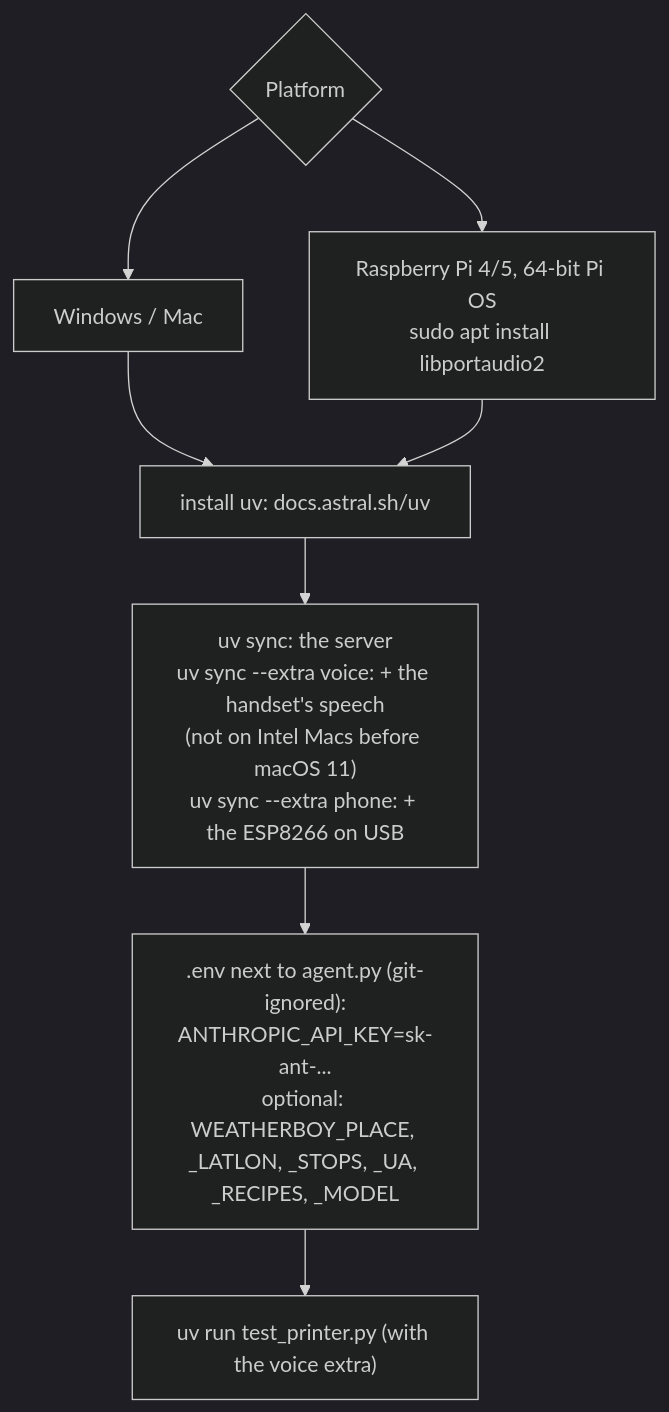
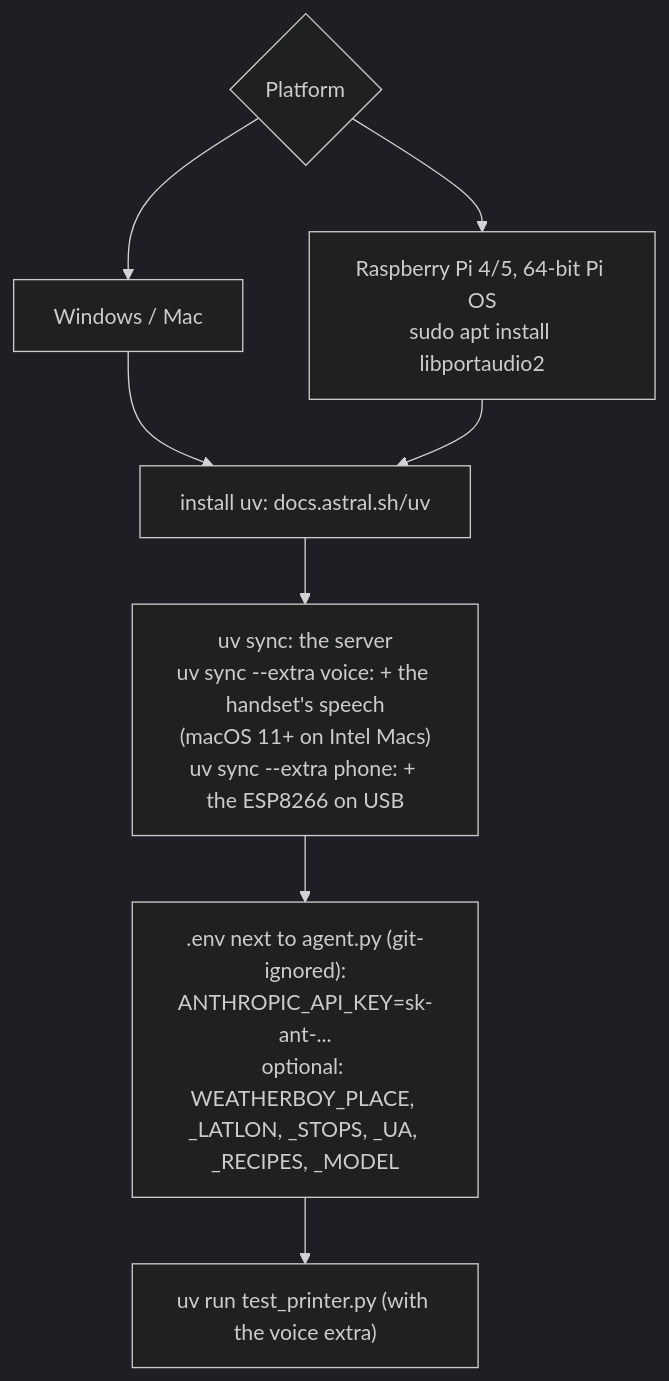
Before and after one commit to bastiankrohg/weatherboy: diagram 12 of 13 in README.md, drawn with Mermaid (dark theme). The commit also changed other lines of this file and 3 other files, not shown here.

First line of the commit message:
Speech installs on the Intel Mac; /api/version to see what a server runs

````diff
--- a/README.md
+++ b/README.md
@@ -347,9 +347,9 @@
 ```mermaid
 flowchart TD
     Start{Platform} --> Win["Windows / Mac"]
     Start --> Pi["Raspberry Pi 4/5, 64-bit Pi OS<br/>sudo apt install libportaudio2"]
     Win & Pi --> UV["install uv: docs.astral.sh/uv"]
-    UV --> Req["uv sync: the server<br/>uv sync --extra voice: + the handset's speech<br/>(not on Intel Macs before macOS 11)<br/>uv sync --extra phone: + the ESP8266 on USB"]
+    UV --> Req["uv sync: the server<br/>uv sync --extra voice: + the handset's speech<br/>(macOS 11+ on Intel Macs)<br/>uv sync --extra phone: + the ESP8266 on USB"]
     Req --> Key[".env next to agent.py (git-ignored):<br/>ANTHROPIC_API_KEY=sk-ant-...<br/>optional: WEATHERBOY_PLACE, _LATLON, _STOPS, _UA, _RECIPES, _MODEL"]
     Key --> Check["uv run test_printer.py (with the voice extra)"]
 ```
````
